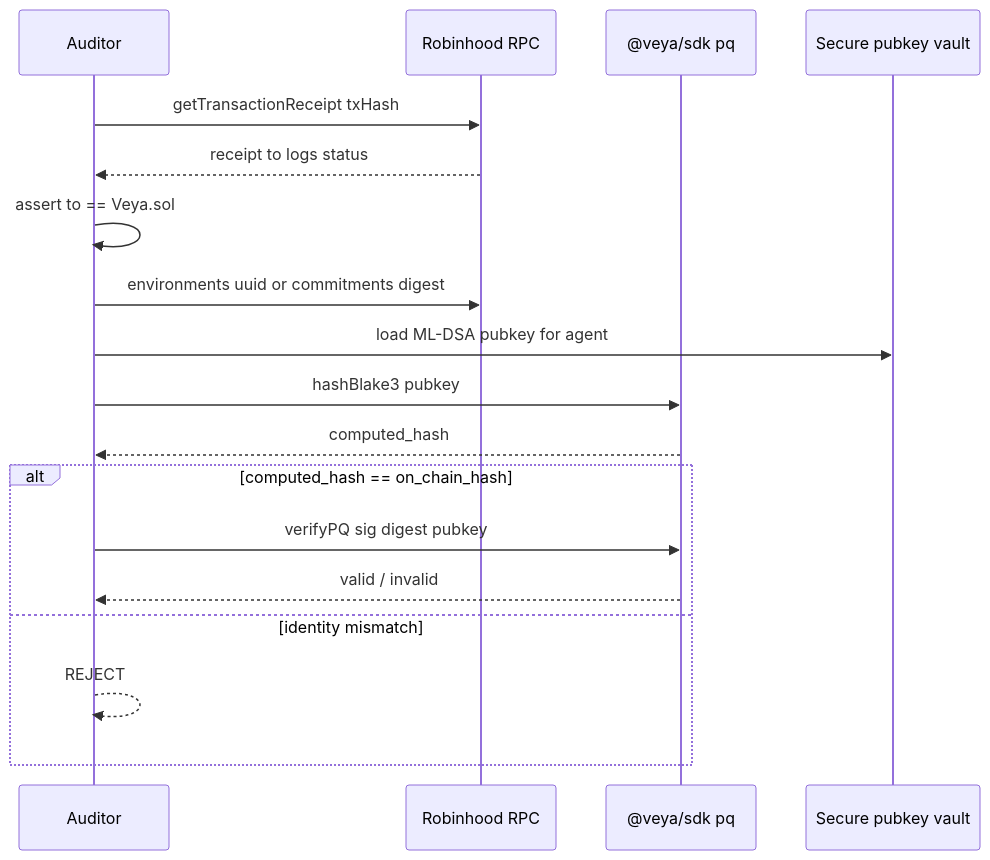
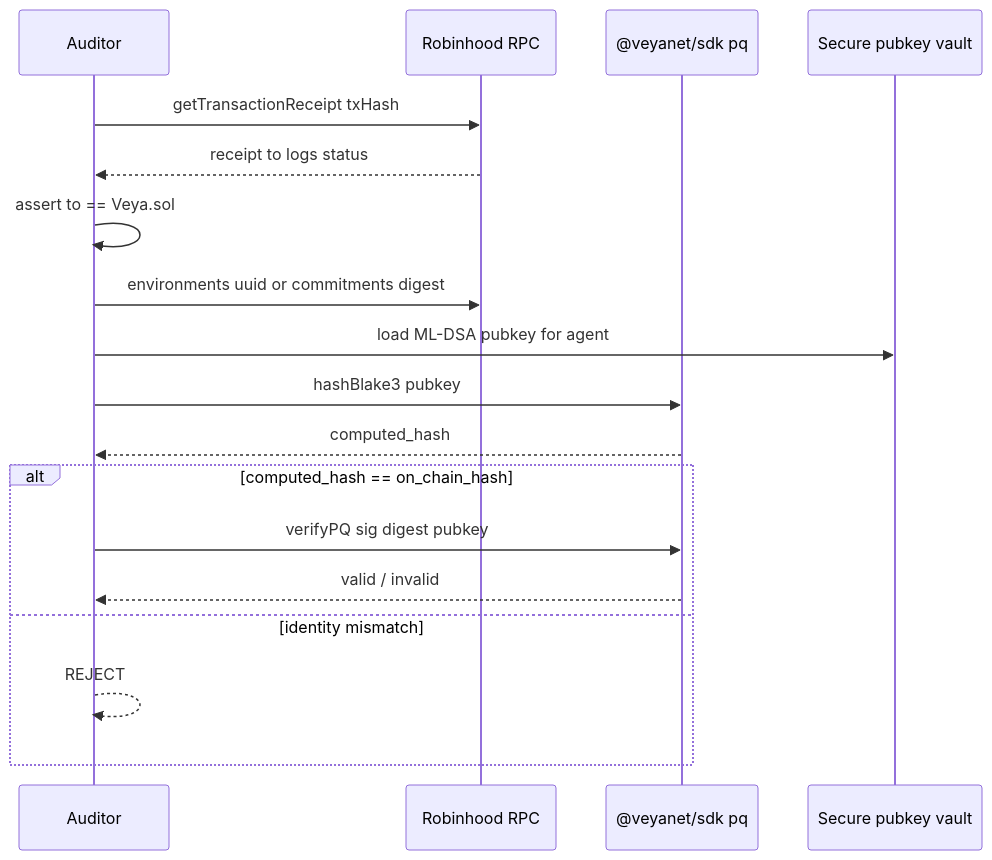
One commit to veyanet/veya-sdk changed the second of 5 diagrams in docs/VERIFICATION.md. Above: the diagram before and after it, drawn with Mermaid. The commit also changed other lines of this file and 34 other files, not shown here.

Commit message:
refactor(sdk): update package scope to @veyanet/sdk

````diff
--- a/docs/VERIFICATION.md
+++ b/docs/VERIFICATION.md
@@ -122,21 +122,21 @@
 ```mermaid
 sequenceDiagram
     participant Aud as Auditor
     participant RPC as Robinhood RPC
-    participant PQ as @veya/sdk pq
+    participant PQ as @veyanet/sdk pq
     participant Vault as Secure pubkey vault
 
     Aud->>RPC: getTransactionReceipt txHash
     RPC-->>Aud: receipt to logs status
     Aud->>Aud: assert to == Veya.sol
     Aud->>RPC: environments uuid or commitments digest
     Aud->>Vault: load ML-DSA pubkey for agent
     Aud->>PQ: hashBlake3 pubkey
     PQ-->>Aud: computed_hash
     alt computed_hash == on_chain_hash
         Aud->>PQ: verifyPQ sig digest pubkey
         PQ-->>Aud: valid / invalid
     else identity mismatch
         Aud-->>Aud: REJECT
     end
 ```
````
